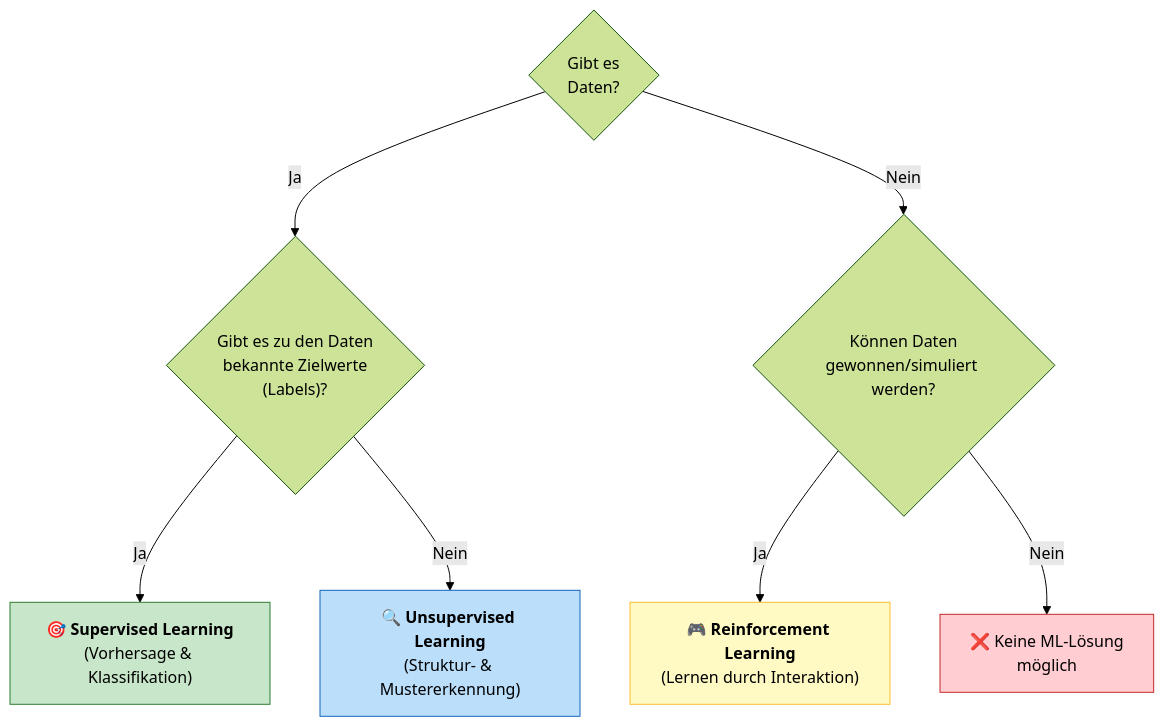
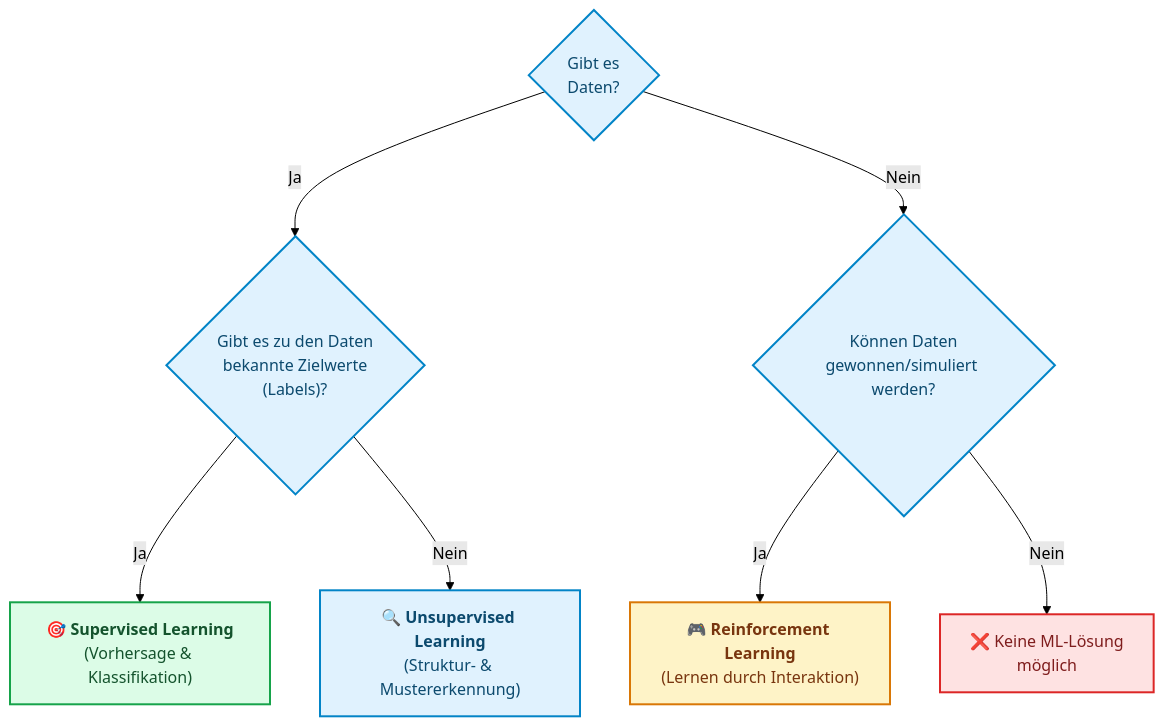
The fourth of 14 diagrams in docs/concepts/grundlagen/machine_learning_grundlagen.md (ralf-42/ML_Intro), drawn with Mermaid (forest theme) before and after one commit. The commit also changed other lines of this file and 67 other files, not shown here.

````diff
--- a/docs/concepts/grundlagen/machine_learning_grundlagen.md
+++ b/docs/concepts/grundlagen/machine_learning_grundlagen.md
@@ -166,22 +168,24 @@
 ```mermaid
 flowchart TD
     %% Startpunkt
     Q1{"Gibt es <br/>Daten?"}
     
     %% Zweig: Daten vorhanden
     Q1 -- "Ja" --> Q2{"Gibt es zu den Daten<br/>bekannte Zielwerte<br/>(Labels)?"}
     
     Q2 -- "Ja" --> SL["🎯 <b>Supervised Learning</b><br/>(Vorhersage & Klassifikation)"]
     Q2 -- "Nein" --> UL["🔍 <b>Unsupervised Learning</b><br/>(Struktur- & Mustererkennung)"]
 
     %% Zweig: Keine Daten vorhanden
     Q1 -- "Nein" --> Q_Env{"Können Daten<br/>gewonnen/simuliert werden?"}
     Q_Env -- "Ja" --> RL["🎮 <b>Reinforcement Learning</b><br/>(Lernen durch Interaktion)"]
     Q_Env -- "Nein" --> NO["❌ Keine ML-Lösung<br/>möglich"]
 
-    %% Styling
-    style SL fill:#c8e6c9,stroke:#2e7d32
-    style UL fill:#bbdefb,stroke:#1565c0
-    style RL fill:#fff9c4,stroke:#fbc02d
-    style NO fill:#ffcdd2,stroke:#c62828
+    classDef default fill:#e0f2fe,stroke:#0284c7,stroke-width:2px,color:#0c4a6e;
+    classDef metric fill:#fef3c7,stroke:#d97706,stroke-width:2px,color:#78350f;
+    classDef output fill:#dcfce7,stroke:#16a34a,stroke-width:2px,color:#14532d;
+    classDef stop fill:#fee2e2,stroke:#dc2626,stroke-width:2px,color:#7f1d1d;
+    class RL metric;
+    class SL output;
+    class NO stop;
 ```
````
